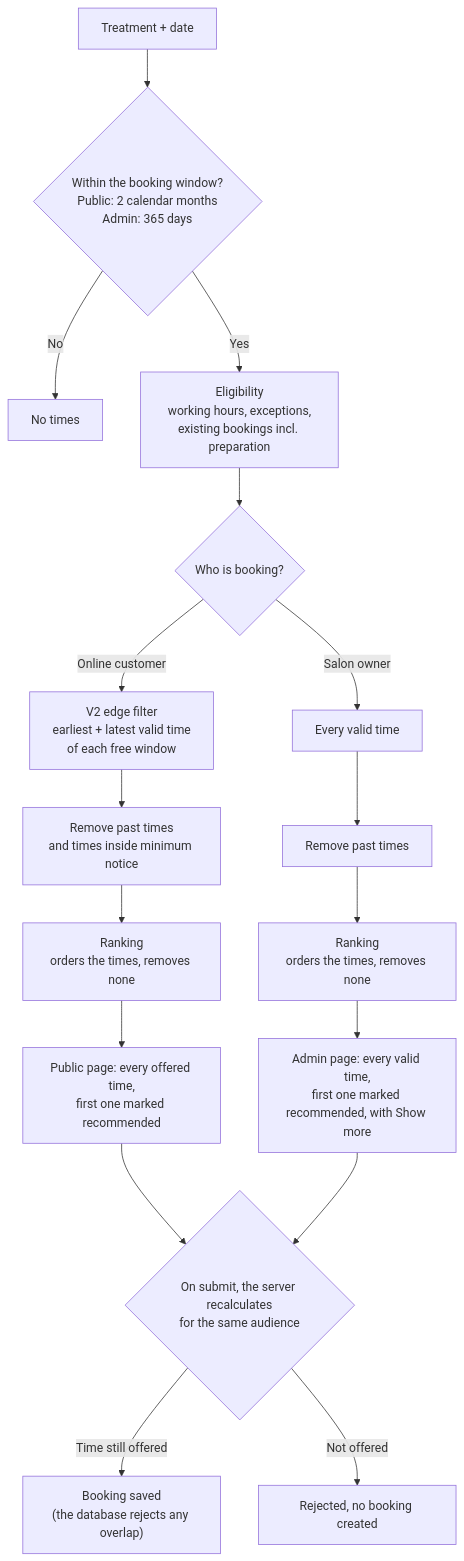
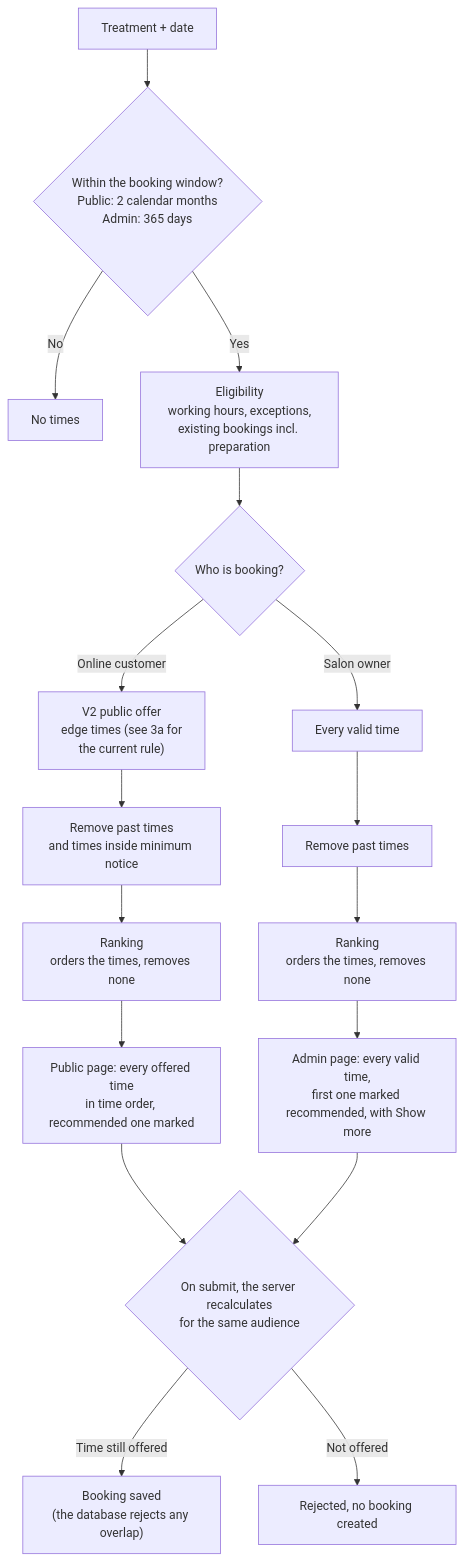
One commit to N0vocaine/timbra-qa-portfolio changed the diagram in docs/product/evolution-v1-to-v2.md. Above: the diagram before and after it, drawn with Mermaid. The commit also changed other lines of this file and 21 other files, not shown here.

````diff
--- a/docs/product/evolution-v1-to-v2.md
+++ b/docs/product/evolution-v1-to-v2.md
@@ -56,19 +66,19 @@
 ```mermaid
 flowchart TD
     A["Treatment + date"] --> H{"Within the booking window?<br/>Public: 2 calendar months<br/>Admin: 365 days"}
     H -- "No" --> N["No times"]
     H -- "Yes" --> L["Eligibility<br/>working hours, exceptions,<br/>existing bookings incl. preparation"]
     L --> Q{"Who is booking?"}
-    Q -- "Online customer" --> E["V2 edge filter<br/>earliest + latest valid time<br/>of each free window"]
+    Q -- "Online customer" --> E["V2 public offer<br/>edge times (see 3a for<br/>the current rule)"]
     Q -- "Salon owner" --> AL["Every valid time"]
     E --> P1["Remove past times<br/>and times inside minimum notice"]
     AL --> P2["Remove past times"]
     P1 --> R1["Ranking<br/>orders the times, removes none"]
     P2 --> R2["Ranking<br/>orders the times, removes none"]
-    R1 --> U1["Public page: every offered time,<br/>first one marked recommended"]
+    R1 --> U1["Public page: every offered time<br/>in time order, recommended one marked"]
     R2 --> U2["Admin page: every valid time,<br/>first one marked recommended, with Show more"]
     U1 --> S{"On submit, the server recalculates<br/>for the same audience"}
     U2 --> S
     S -- "Time still offered" --> OK["Booking saved<br/>(the database rejects any overlap)"]
     S -- "Not offered" --> X["Rejected, no booking created"]
 ```
````
